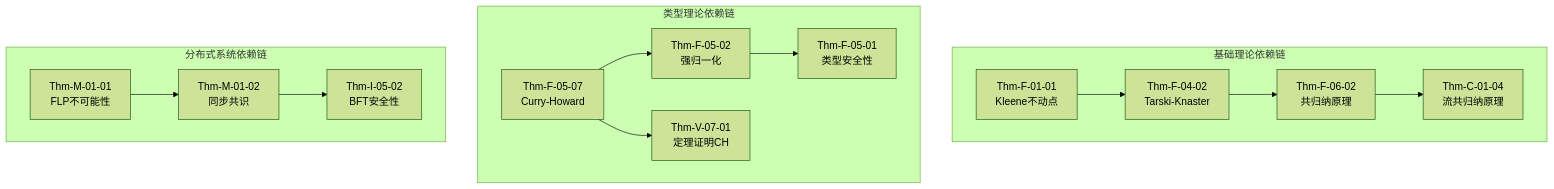
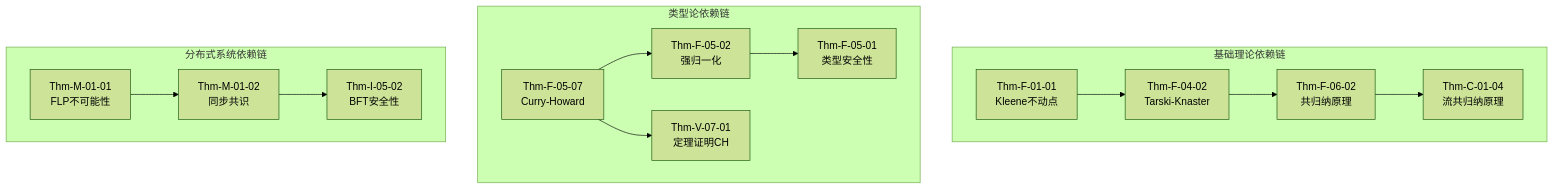
One commit to AdaMartin18010/AnalysisDataFlow changed the diagram in formal-methods/98-appendices/03-theorem-index.md. Above: the diagram before and after it, drawn with Mermaid (forest theme). The commit also changed other lines of this file and 129 other files, not shown here.

````diff
--- a/formal-methods/98-appendices/03-theorem-index.md
+++ b/formal-methods/98-appendices/03-theorem-index.md
@@ -987,19 +987,19 @@
 ```mermaid
 graph TB
     subgraph 基础理论依赖链
         K1[Thm-F-01-01<br/>Kleene不动点] --> K2[Thm-F-04-02<br/>Tarski-Knaster]
         K2 --> K3[Thm-F-06-02<br/>共归纳原理]
         K3 --> K4[Thm-C-01-04<br/>流共归纳原理]
     end
 
-    subgraph 类型理论依赖链
+    subgraph 类型论依赖链
         CH[Thm-F-05-07<br/>Curry-Howard] --> SN[Thm-F-05-02<br/>强归一化]
         SN --> TS[Thm-F-05-01<br/>类型安全性]
         CH --> TP[Thm-V-07-01<br/>定理证明CH]
     end
 
     subgraph 分布式系统依赖链
         FLP[Thm-M-01-01<br/>FLP不可能性] --> PS[Thm-M-01-02<br/>同步共识]
         PS --> BFT[Thm-I-05-02<br/>BFT安全性]
     end
 ```
````
